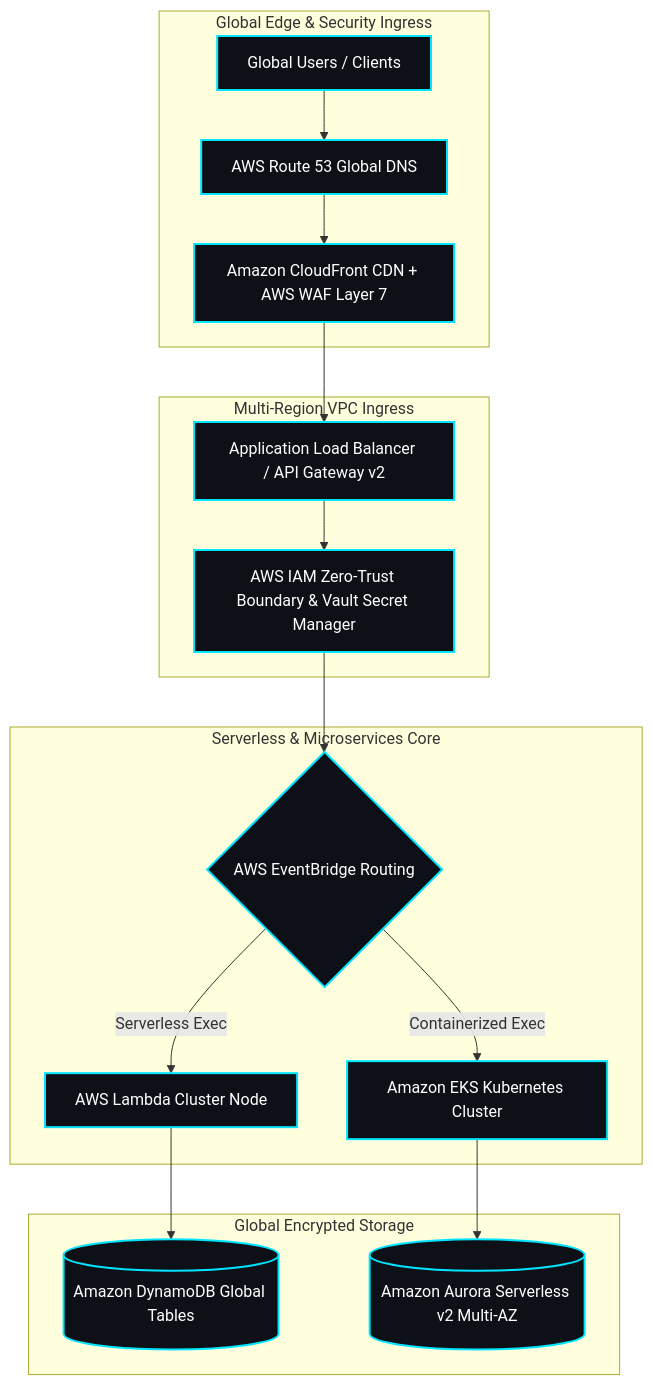
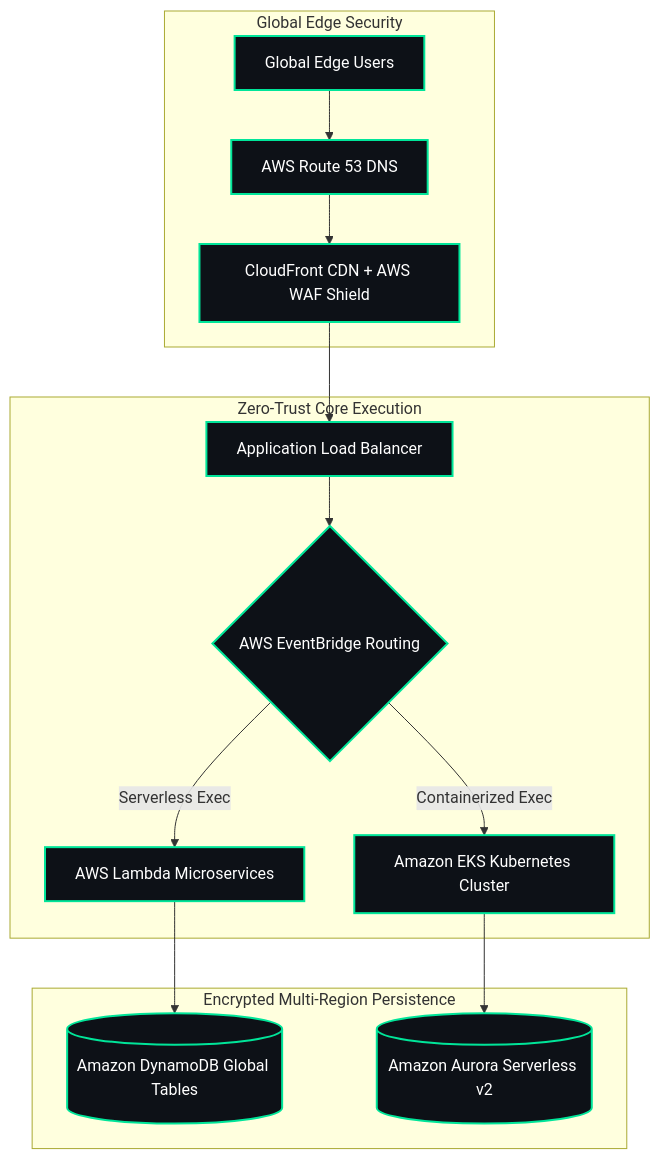
The diagram in README.md (aakashpandian582006-ops/aakashpandian582006-ops), drawn with Mermaid before and after one commit. The commit also changed other lines of this file and 2 other files, not shown here.

````diff
--- a/README.md
+++ b/README.md
@@ -47,34 +79,29 @@
 ```mermaid
 graph TD
-    subgraph Edge & Security Tier [Global Edge & Security Ingress]
-        Users[Global Users / Clients] --> Route53[AWS Route 53 Global DNS]
-        Route53 --> CF[Amazon CloudFront CDN + AWS WAF Layer 7]
+    subgraph Edge & Ingress Layer [Global Edge Security]
+        Users[Global Edge Users] --> Route53[AWS Route 53 DNS]
+        Route53 --> CF[CloudFront CDN + AWS WAF Shield]
     end
 
-    subgraph Network Ingress Tier [Multi-Region VPC Ingress]
-        CF --> ALB[Application Load Balancer / API Gateway v2]
-        ALB --> Security[AWS IAM Zero-Trust Boundary & Vault Secret Manager]
-    end
-
-    subgraph Processing & Compute Tier [Serverless & Microservices Core]
-        Security --> Router{AWS EventBridge Routing}
-        Router -->|Serverless Exec| Lambda[AWS Lambda Cluster Node]
+    subgraph Compute & Logic Tier [Zero-Trust Core Execution]
+        CF --> ALB[Application Load Balancer]
+        ALB --> Router{AWS EventBridge Routing}
+        Router -->|Serverless Exec| Lambda[AWS Lambda Microservices]
         Router -->|Containerized Exec| EKS[Amazon EKS Kubernetes Cluster]
     end
 
-    subgraph Persistence & Data Tier [Global Encrypted Storage]
+    subgraph Data & Storage Tier [Encrypted Multi-Region Persistence]
         Lambda --> DynamoDB[(Amazon DynamoDB Global Tables)]
-        EKS --> Aurora[(Amazon Aurora Serverless v2 Multi-AZ)]
+        EKS --> Aurora[(Amazon Aurora Serverless v2)]
     end
 
-    style Users fill:#0d1117,stroke:#00e5ff,stroke-width:2px,color:#fff
-    style Route53 fill:#0d1117,stroke:#00e5ff,stroke-width:2px,color:#fff
-    style CF fill:#0d1117,stroke:#00e5ff,stroke-width:2px,color:#fff
-    style ALB fill:#0d1117,stroke:#00e5ff,stroke-width:2px,color:#fff
-    style Security fill:#0d1117,stroke:#00e5ff,stroke-width:2px,color:#fff
-    style Router fill:#0d1117,stroke:#00e5ff,stroke-width:2px,color:#fff
-    style Lambda fill:#0d1117,stroke:#00e5ff,stroke-width:2px,color:#fff
-    style EKS fill:#0d1117,stroke:#00e5ff,stroke-width:2px,color:#fff
-    style DynamoDB fill:#0d1117,stroke:#00e5ff,stroke-width:2px,color:#fff
-    style Aurora fill:#0d1117,stroke:#00e5ff,stroke-width:2px,color:#fff
+    style Users fill:#0d1117,stroke:#00E599,stroke-width:2px,color:#fff
+    style Route53 fill:#0d1117,stroke:#00E599,stroke-width:2px,color:#fff
+    style CF fill:#0d1117,stroke:#00E599,stroke-width:2px,color:#fff
+    style ALB fill:#0d1117,stroke:#00E599,stroke-width:2px,color:#fff
+    style Router fill:#0d1117,stroke:#00E599,stroke-width:2px,color:#fff
+    style Lambda fill:#0d1117,stroke:#00E599,stroke-width:2px,color:#fff
+    style EKS fill:#0d1117,stroke:#00E599,stroke-width:2px,color:#fff
+    style DynamoDB fill:#0d1117,stroke:#00E599,stroke-width:2px,color:#fff
+    style Aurora fill:#0d1117,stroke:#00E599,stroke-width:2px,color:#fff
 ```
````
